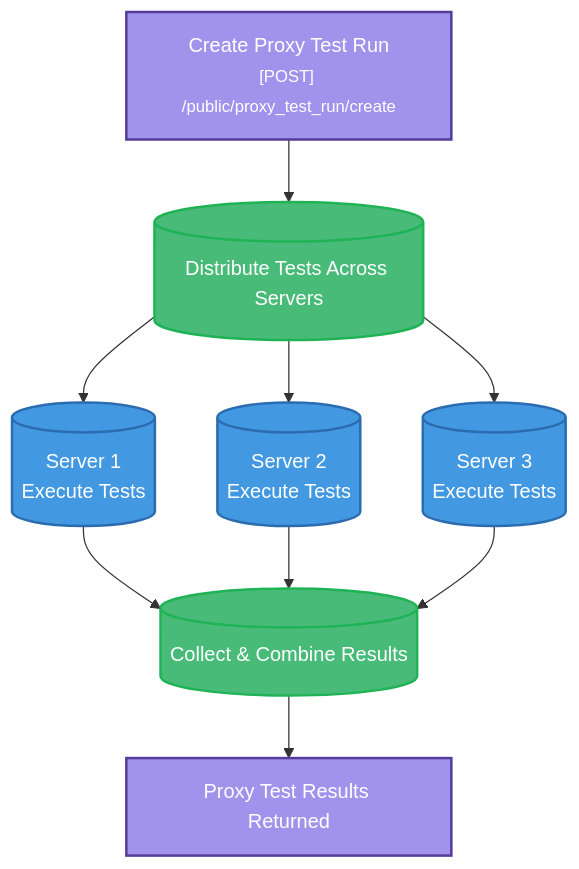
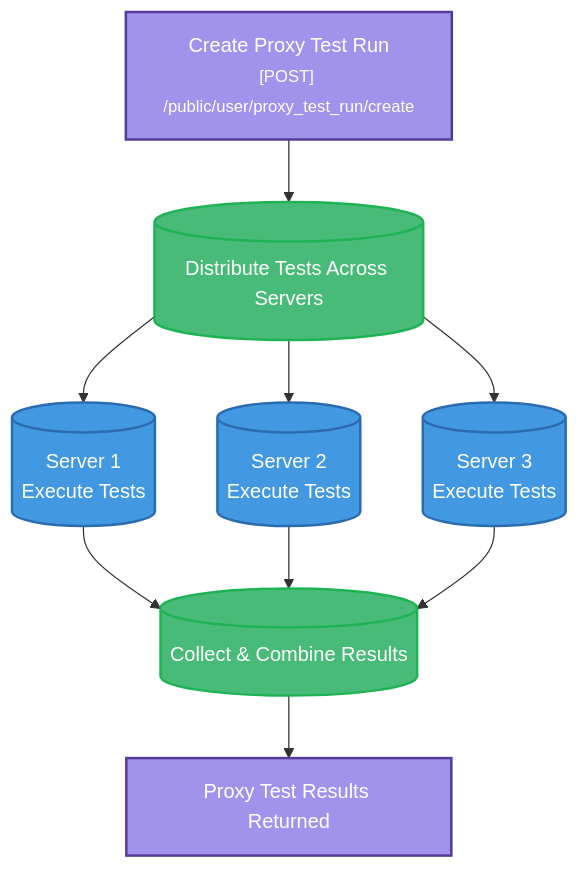
Before and after one commit to pingproxies/ping-proxies-public-api-docs: the diagram in api-explainers/proxy-tester.mdx, drawn with Mermaid. The commit also changed other lines of this file and 3 other files, not shown here.

````diff
--- a/api-explainers/proxy-tester.mdx
+++ b/api-explainers/proxy-tester.mdx
@@ -13,24 +13,24 @@
 ```mermaid
 graph TD
-    A["Create Proxy Test Run<br/><small>[POST] /public/proxy_test_run/create</small>"]:::userAction
+    A["Create Proxy Test Run<br/><small>[POST] /public/user/proxy_test_run/create</small>"]:::userAction
     A --> B[("Distribute Tests Across Servers")]:::systemAction
     
     B --> C1[("Server 1<br/>Execute Tests")]:::serverAction
     B --> C2[("Server 2<br/>Execute Tests")]:::serverAction
     B --> C3[("Server 3<br/>Execute Tests")]:::serverAction
     
     C1 --> D[("Collect & Combine Results")]:::systemAction
     C2 --> D
     C3 --> D
     
     D --> E["Proxy Test Results Returned"]:::userAction
     
     %% User actions styled in purple
     classDef userAction fill:#A192EC,stroke:#553c9a,stroke-width:2px,color:#fff
     
     %% System actions styled as green clouds
     classDef systemAction fill:#48bb78,stroke:#1fb356,stroke-width:2px,color:#fff
     
     %% Server actions styled as blue clouds
     classDef serverAction fill:#4299e1,stroke:#2b6cb0,stroke-width:2px,color:#fff
 ```
````
